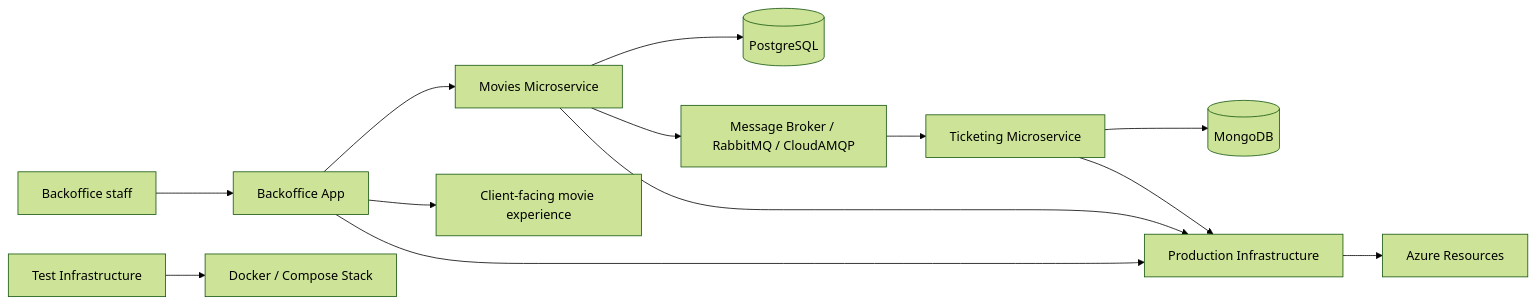
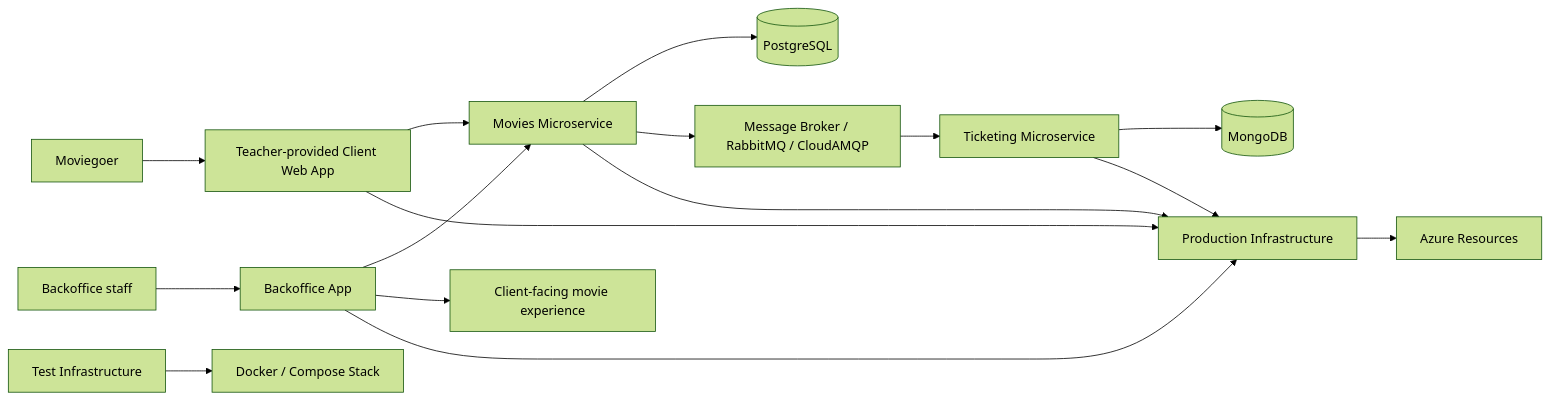
Before and after one commit to HowestPrime-Movies-Project/.github: the diagram in profile/README.md, drawn with Mermaid (forest theme). The commit also changed other lines of this file, not shown here.

````diff
--- a/profile/README.md
+++ b/profile/README.md
@@ -19,19 +20,23 @@
 ```mermaid
 flowchart LR
+    Customer[Moviegoer] --> WEB[Teacher-provided Client Web App]
     Admin[Backoffice staff] --> BO[Backoffice App]
-    BO --> MOVIES[Movies Microservice]
+
+    WEB --> MOVIES[Movies Microservice]
+    BO --> MOVIES
     MOVIES --> PG[(PostgreSQL)]
     MOVIES --> MQ[Message Broker / RabbitMQ / CloudAMQP]
 
     MQ --> TICK[Ticketing Microservice]
     TICK --> MONGO[(MongoDB)]
 
     BO --> CLIENT[Client-facing movie experience]
 
     PROD[Production Infrastructure] --> AZ[Azure Resources]
     TEST[Test Infrastructure] --> DOCKER[Docker / Compose Stack]
 
     MOVIES --> PROD
     TICK --> PROD
     BO --> PROD
+    WEB --> PROD
 ```
````
